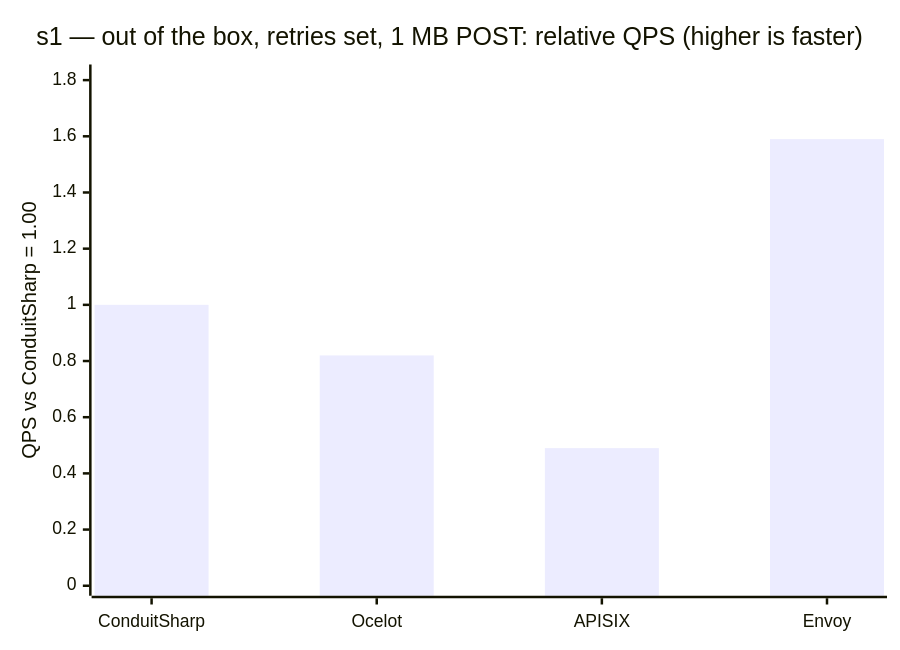
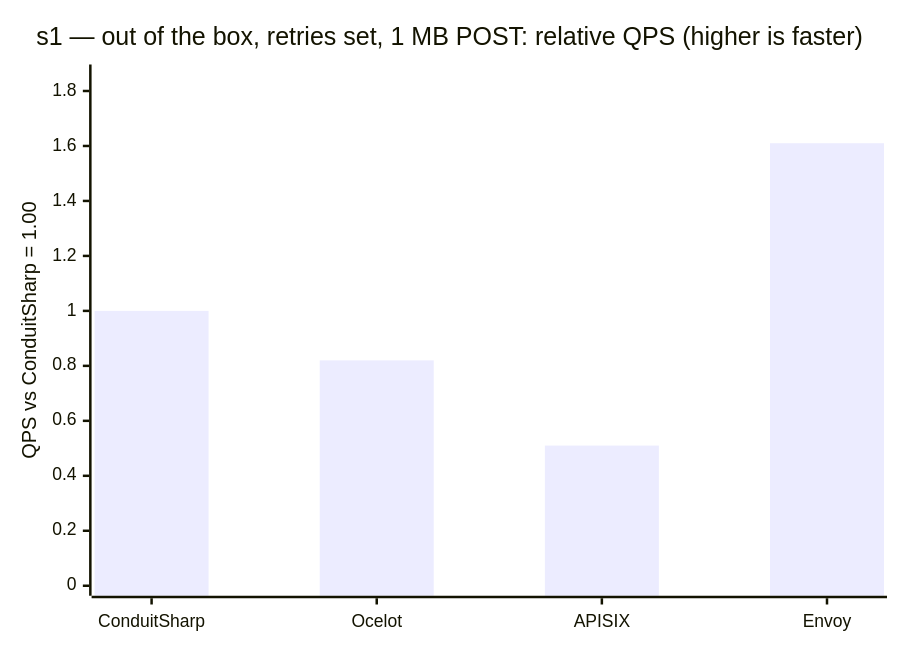
Before and after one commit to liqngliz/ConduitSharp: the seventh of 9 diagrams in README.md, drawn with Mermaid. The commit also changed other lines of this file and 1 other file, not shown here.

````diff
--- a/README.md
+++ b/README.md
@@ -510,7 +510,7 @@
 ```mermaid
 xychart-beta
     title "s1 — out of the box, retries set, 1 MB POST: relative QPS (higher is faster)"
     x-axis ["ConduitSharp", "Ocelot", "APISIX", "Envoy"]
-    y-axis "QPS vs ConduitSharp = 1.00" 0 --> 1.82
-    bar [1.00, 0.82, 0.49, 1.59]
+    y-axis "QPS vs ConduitSharp = 1.00" 0 --> 1.86
+    bar [1.00, 0.82, 0.51, 1.61]
 ```
````
